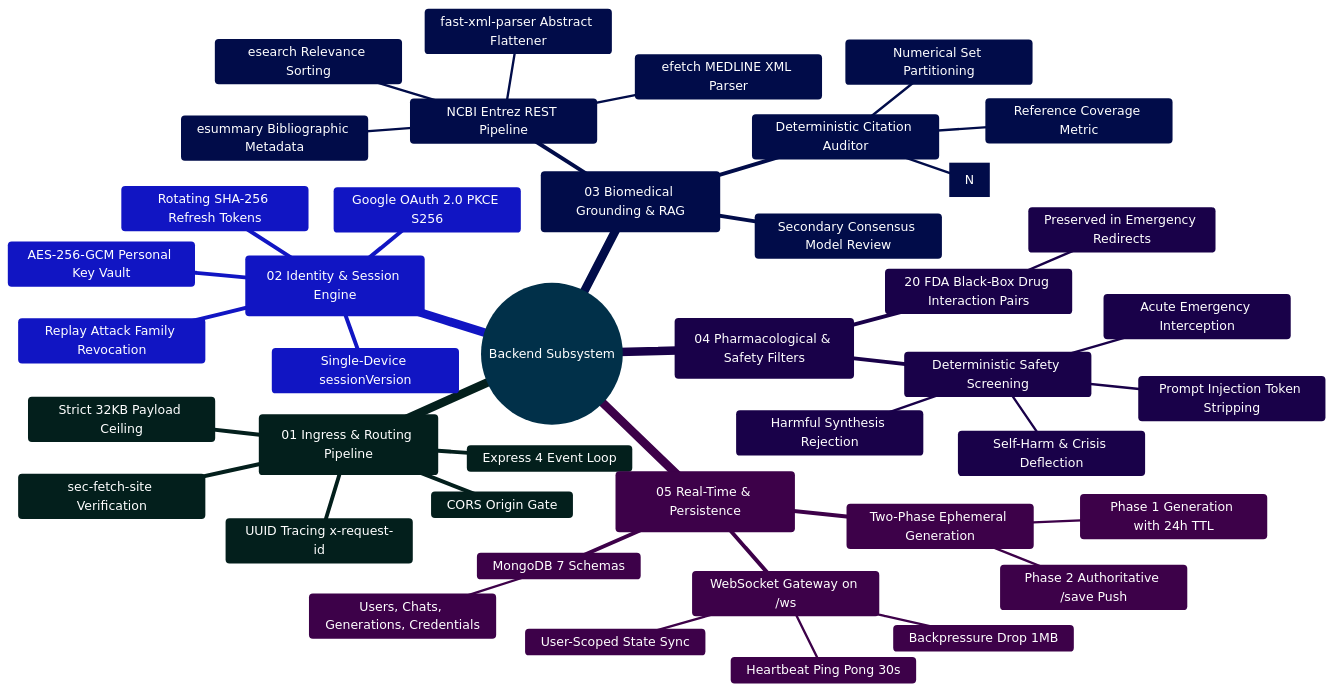
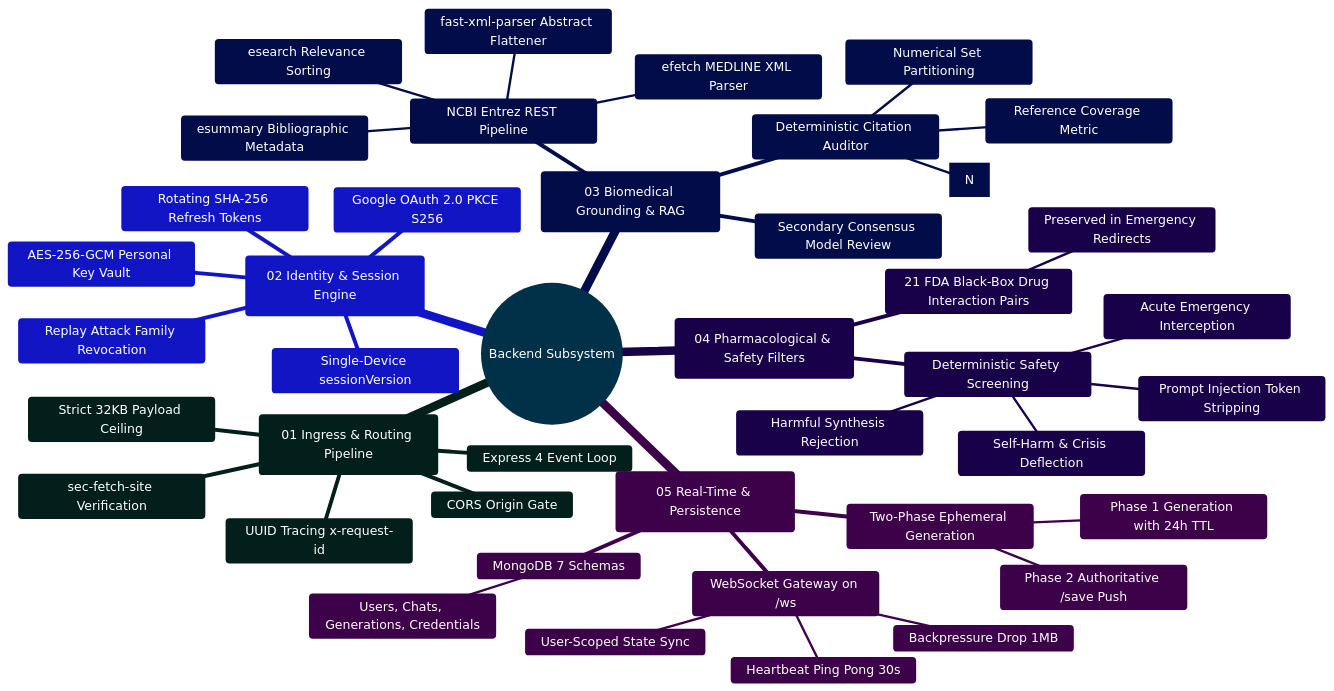
One commit to Ganesh172919/React-App-LLM changed the first of 2 diagrams in backend/README.md. Above: the diagram before and after it, drawn with Mermaid. The commit also changed other lines of this file and 53 other files, not shown here.

````diff
--- a/backend/README.md
+++ b/backend/README.md
@@ -73,47 +73,47 @@
 ```mermaid
 %%{init: {'theme': 'base', 'themeVariables': { 'primaryColor': '#0284c7', 'primaryTextColor': '#ffffff', 'primaryBorderColor': '#0369a1', 'lineColor': '#0284c7', 'secondaryColor': '#0d9488', 'tertiaryColor': '#6366f1' }}}%%
 mindmap
   root((Backend Subsystem))
     ::icon(fa fa-server)
     (01 Ingress & Routing Pipeline)
       Express 4 Event Loop
       UUID Tracing x-request-id
       CORS Origin Gate
       sec-fetch-site Verification
       Strict 32KB Payload Ceiling
     (02 Identity & Session Engine)
       Single-Device sessionVersion
       Rotating SHA-256 Refresh Tokens
       Replay Attack Family Revocation
       Google OAuth 2.0 PKCE S256
       AES-256-GCM Personal Key Vault
     (03 Biomedical Grounding & RAG)
       NCBI Entrez REST Pipeline
         esearch Relevance Sorting
         esummary Bibliographic Metadata
         efetch MEDLINE XML Parser
         fast-xml-parser Abstract Flattener
       Deterministic Citation Auditor
         Bracket Regex Extraction [N]
         Numerical Set Partitioning
         Reference Coverage Metric
       Secondary Consensus Model Review
     (04 Pharmacological & Safety Filters)
       Deterministic Safety Screening
         Self-Harm & Crisis Deflection
         Acute Emergency Interception
         Harmful Synthesis Rejection
         Prompt Injection Token Stripping
-      20 FDA Black-Box Drug Interaction Pairs
+      21 FDA Black-Box Drug Interaction Pairs
         Preserved in Emergency Redirects
     (05 Real-Time & Persistence)
       Two-Phase Ephemeral Generation
         Phase 1 Generation with 24h TTL
         Phase 2 Authoritative /save Push
       WebSocket Gateway on /ws
         Heartbeat Ping Pong 30s
         Backpressure Drop 1MB
         User-Scoped State Sync
       MongoDB 7 Schemas
         Users, Chats, Generations, Credentials
 ```
````
